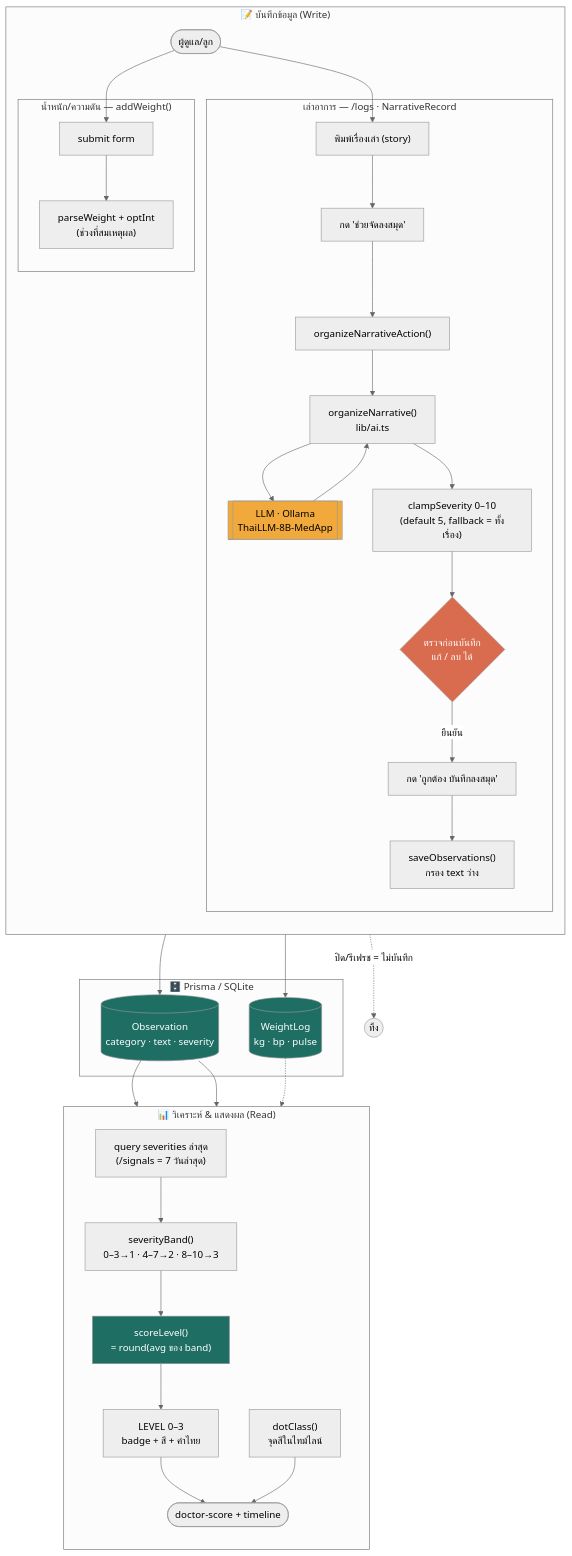
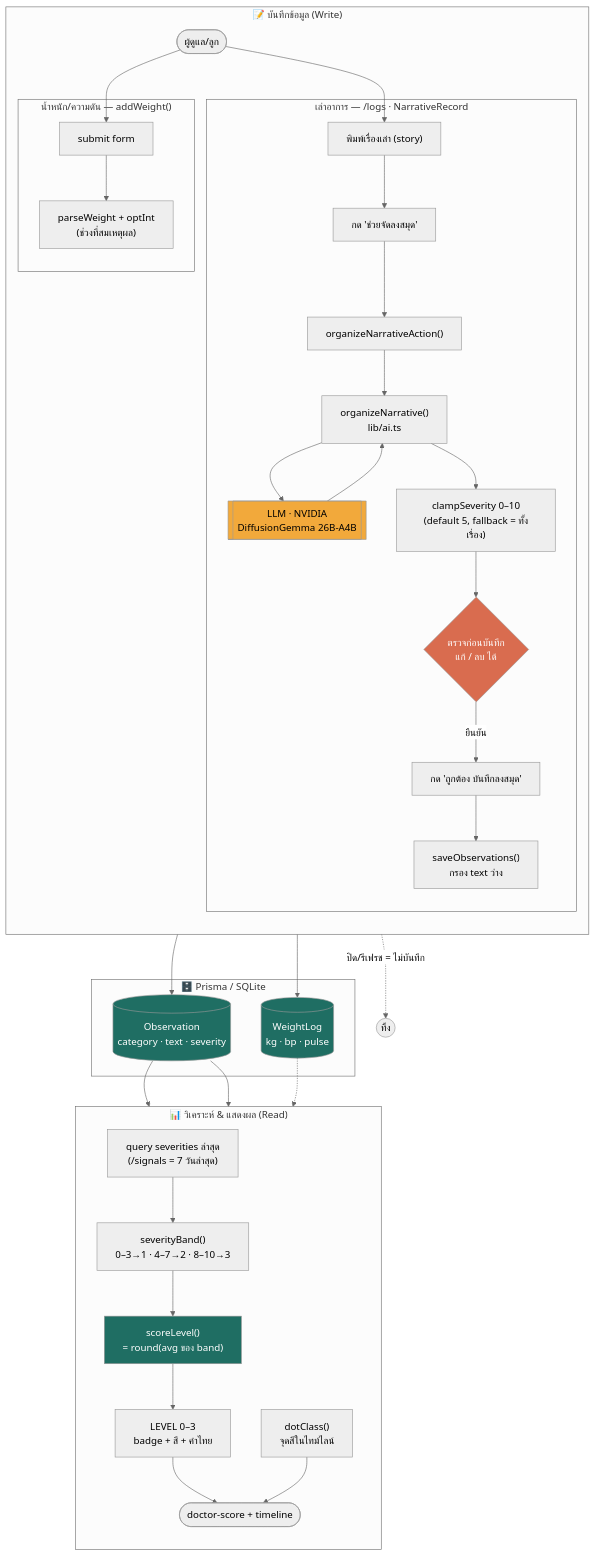
One commit to nicetsu/MorNumThang changed the diagram in docs/record-system-flow.md. Above: the diagram before and after it, drawn with Mermaid (neutral theme). The commit also changed 11 other files, not shown here.

````diff
--- a/docs/record-system-flow.md
+++ b/docs/record-system-flow.md
@@ -5,55 +5,55 @@
 ```mermaid
 flowchart TD
     subgraph WRITE["📝 บันทึกข้อมูล (Write)"]
         direction TB
         U([ผู้ดูแล/ลูก])
 
         subgraph NARR["เล่าอาการ — /logs · NarrativeRecord"]
             S1["พิมพ์เรื่องเล่า (story)"]
             B1["กด 'ช่วยจัดลงสมุด'"]
             ACT1["organizeNarrativeAction()"]
             AI["organizeNarrative()<br/>lib/ai.ts"]
-            LLM[["LLM · Ollama<br/>ThaiLLM-8B-MedApp"]]
+            LLM[["LLM · NVIDIA<br/>DiffusionGemma 26B-A4B"]]
             CLAMP["clampSeverity 0–10<br/>(default 5, fallback = ทั้งเรื่อง)"]
             REVIEW{"ตรวจก่อนบันทึก<br/>แก้ / ลบ ได้"}
             B2["กด 'ถูกต้อง บันทึกลงสมุด'"]
             SAVE["saveObservations()<br/>กรอง text ว่าง"]
         end
 
         subgraph WT["น้ำหนัก/ความดัน — addWeight()"]
             W1["submit form"]
             WP["parseWeight + optInt<br/>(ช่วงที่สมเหตุผล)"]
         end
     end
 
     subgraph DB["🗄️ Prisma / SQLite"]
         OBS[("Observation<br/>category · text · severity")]
         WLOG[("WeightLog<br/>kg · bp · pulse")]
     end
 
     subgraph READ["📊 วิเคราะห์ & แสดงผล (Read)"]
         direction TB
         Q["query severities ล่าสุด<br/>(/signals = 7 วันล่าสุด)"]
         BAND["severityBand()<br/>0–3→1 · 4–7→2 · 8–10→3"]
         SCORE["scoreLevel()<br/>= round(avg ของ band)"]
         LVL["LEVEL 0–3<br/>badge + สี + คำไทย"]
         DOT["dotClass()<br/>จุดสีในไทม์ไลน์"]
         UI([doctor-score + timeline])
     end
 
     U --> S1 --> B1 --> ACT1 --> AI --> LLM --> AI --> CLAMP --> REVIEW
     REVIEW -->|ยืนยัน| B2 --> SAVE --> OBS
     REVIEW -.->|ปิด/รีเฟรช = ไม่บันทึก| X((ทิ้ง))
 
     U --> W1 --> WP --> WLOG
 
     OBS --> Q --> BAND --> SCORE --> LVL --> UI
     OBS --> DOT --> UI
     WLOG -.-> UI
 
     style LLM fill:#F2A93B,color:#000
     style REVIEW fill:#D96C4F,color:#fff
     style OBS fill:#1F6E63,color:#fff
     style WLOG fill:#1F6E63,color:#fff
     style SCORE fill:#1F6E63,color:#fff
 ```
````
